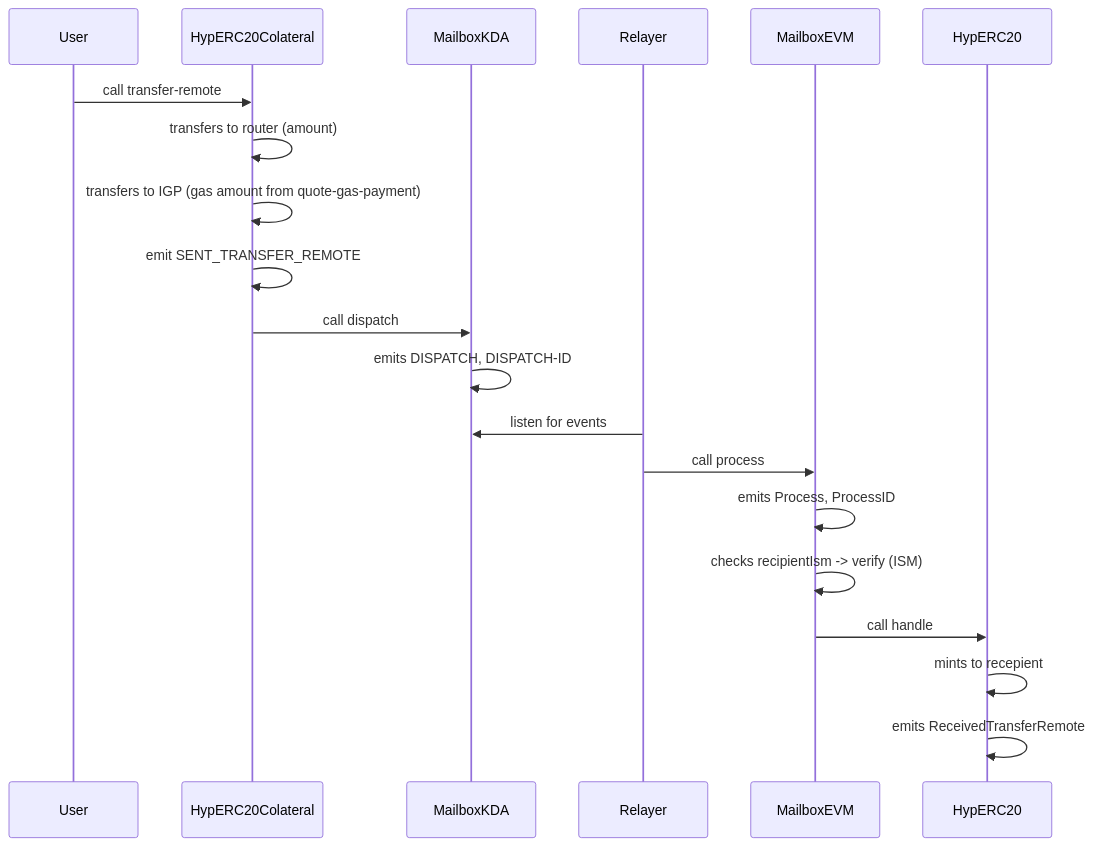
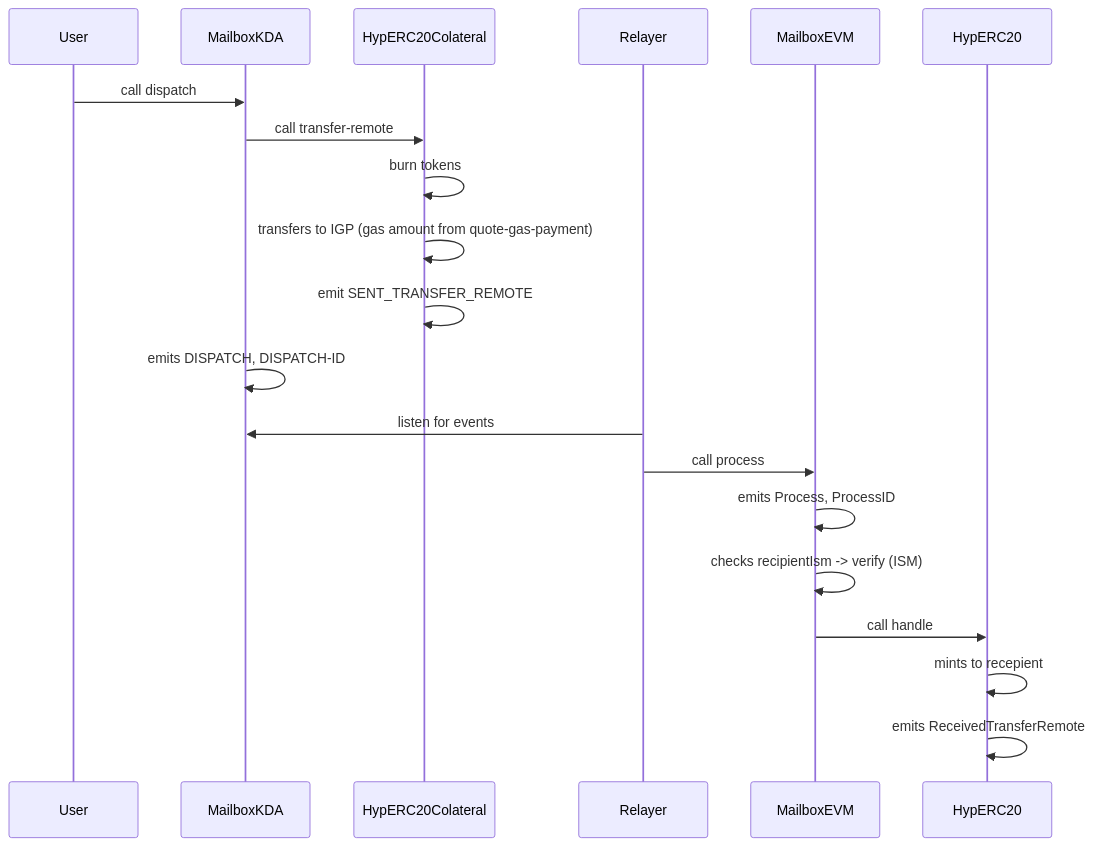
The sixth of 8 diagrams in docs/bridge-flow.md (RastkoDev/smart-contracts), drawn with Mermaid before and after one commit. The commit also changed other lines of this file, not shown here.

````diff
--- a/docs/bridge-flow.md
+++ b/docs/bridge-flow.md
@@ -149,24 +150,24 @@
 ```mermaid
 sequenceDiagram
     participant User
+    participant MailboxKDA as MailboxKDA
     participant HypERC20KDA as HypERC20Colateral
-    participant MailboxKDA as MailboxKDA
     participant Relayer
     participant MailboxETH as MailboxEVM
     participant HypERC20ETH as HypERC20
 
-    User->>HypERC20KDA: call transfer-remote
-    HypERC20KDA->>HypERC20KDA: transfers to router (amount)
+    User->>MailboxKDA: call dispatch
+    MailboxKDA->>HypERC20KDA: call transfer-remote
+    HypERC20KDA->>HypERC20KDA: burn tokens
     HypERC20KDA->>HypERC20KDA: transfers to IGP (gas amount from quote-gas-payment)
     HypERC20KDA->>HypERC20KDA: emit SENT_TRANSFER_REMOTE
 
-    HypERC20KDA->>MailboxKDA: call dispatch
     MailboxKDA->>MailboxKDA: emits DISPATCH, DISPATCH-ID
     Relayer->>MailboxKDA: listen for events
     Relayer->>MailboxETH: call process
     MailboxETH->>MailboxETH: emits Process, ProcessID
     MailboxETH->>MailboxETH: checks recipientIsm -> verify (ISM)
     MailboxETH->>HypERC20ETH: call handle
     HypERC20ETH->>HypERC20ETH: mints to recepient
     HypERC20ETH->>HypERC20ETH: emits ReceivedTransferRemote
 ```
````
